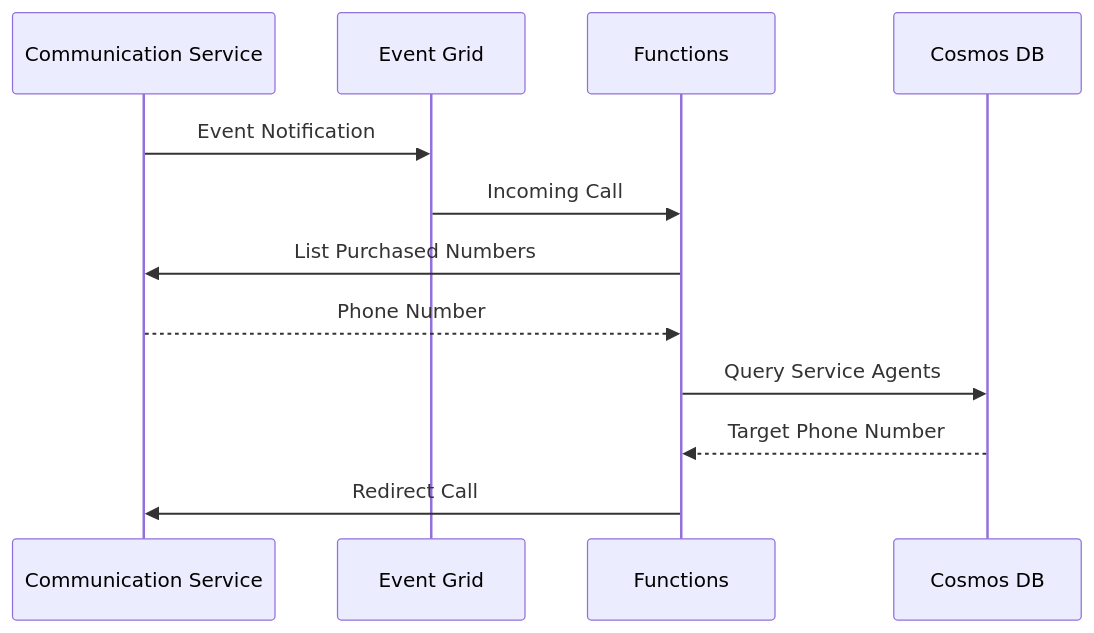
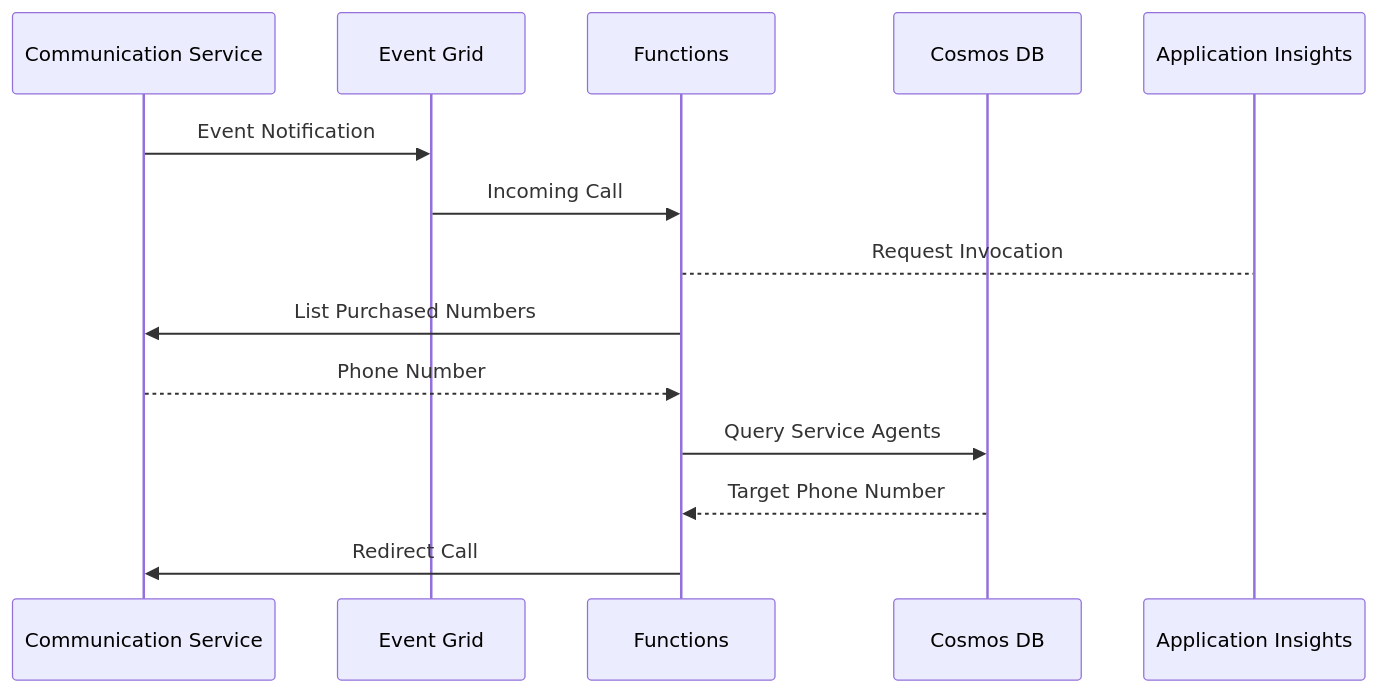
Before and after one commit to ljtill/azure-call-handler: the diagram in README.md, drawn with Mermaid. The commit also changed other lines of this file and 1 other file, not shown here.

````diff
--- a/README.md
+++ b/README.md
@@ -11,19 +11,22 @@
 ```mermaid
 sequenceDiagram
     participant Communication Service
     participant Event Grid
     participant Functions
     participant Cosmos DB
+    participant Application Insights
 
     Communication Service->>Event Grid: Event Notification
 
     Event Grid->>Functions: Incoming Call
+
+    Functions-->Application Insights: Request Invocation
 
     Functions->>Communication Service: List Purchased Numbers
     Communication Service-->>Functions: Phone Number
 
     Functions->>Cosmos DB: Query Service Agents
     Cosmos DB-->>Functions: Target Phone Number
 
     Functions->>Communication Service: Redirect Call
 ```
````
